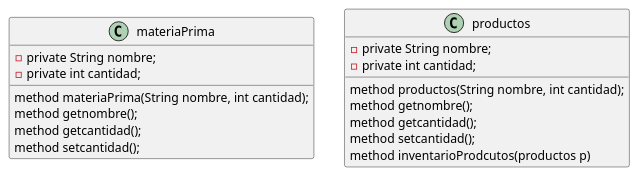
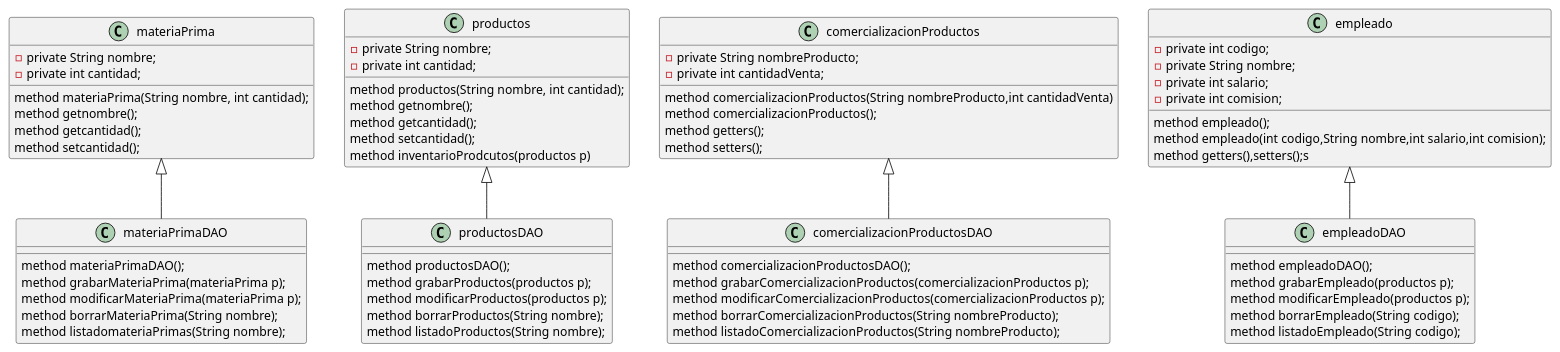
One commit to AlejandroMC-byte/ProyectoEmpresaJava changed the diagram in src/UML/proyectoFinalUML.puml. Above: the diagram before and after it, drawn with PlantUML. The commit also changed 8 other files, not shown here.

Commit message:
Se genera el modelo del proyecto, y se modifica el UML

```diff
--- a/src/UML/proyectoFinalUML.puml
+++ b/src/UML/proyectoFinalUML.puml
@@ -1,24 +1,72 @@
 @startuml
 class materiaPrima{
--private String nombre;
--private int cantidad;
+    -private String nombre;
+    -private int cantidad;
 
-method materiaPrima(String nombre, int cantidad);
-method getnombre();
-method getcantidad();
-method setcantidad();
+    method materiaPrima(String nombre, int cantidad);
+    method getnombre();
+    method getcantidad();
+    method setcantidad();
+
+}
+class materiaPrimaDAO extends materiaPrima{
+    method materiaPrimaDAO();
+    method grabarMateriaPrima(materiaPrima p);
+    method modificarMateriaPrima(materiaPrima p);
+    method borrarMateriaPrima(String nombre);
+    method listadomateriaPrimas(String nombre);
 
 }
 class productos{
--private String nombre;
--private int cantidad;
+    -private String nombre;
+    -private int cantidad;
 
-method productos(String nombre, int cantidad);
-method getnombre();
-method getcantidad();
-method setcantidad();
-method inventarioProdcutos(productos p)
+    method productos(String nombre, int cantidad);
+    method getnombre();
+    method getcantidad();
+    method setcantidad();
+    method inventarioProdcutos(productos p)
+}
+class productosDAO extends productos{
+    method productosDAO();
+    method grabarProductos(productos p);
+    method modificarProductos(productos p);
+    method borrarProductos(String nombre);
+    method listadoProductos(String nombre);
+
 
 }
+class comercializacionProductos{
+    -private String nombreProducto;
+    -private int cantidadVenta;
 
+    method comercializacionProductos(String nombreProducto,int cantidadVenta)
+    method comercializacionProductos();
+    method getters();
+    method setters();
+}
+class comercializacionProductosDAO extends comercializacionProductos{
+    method comercializacionProductosDAO();
+    method grabarComercializacionProductos(comercializacionProductos p);
+    method modificarComercializacionProductos(comercializacionProductos p);
+    method borrarComercializacionProductos(String nombreProducto);
+    method listadoComercializacionProductos(String nombreProducto);
+}
+class empleado{
+    -private int codigo;
+    -private String nombre;
+    -private int salario;
+    -private int comision;
+
+    method empleado();
+    method empleado(int codigo,String nombre,int salario,int comision);
+    method getters(),setters();s
+}
+class empleadoDAO extends empleado{
+    method empleadoDAO();
+    method grabarEmpleado(productos p);
+    method modificarEmpleado(productos p);
+    method borrarEmpleado(String codigo);
+    method listadoEmpleado(String codigo);
+}
 @enduml
```
